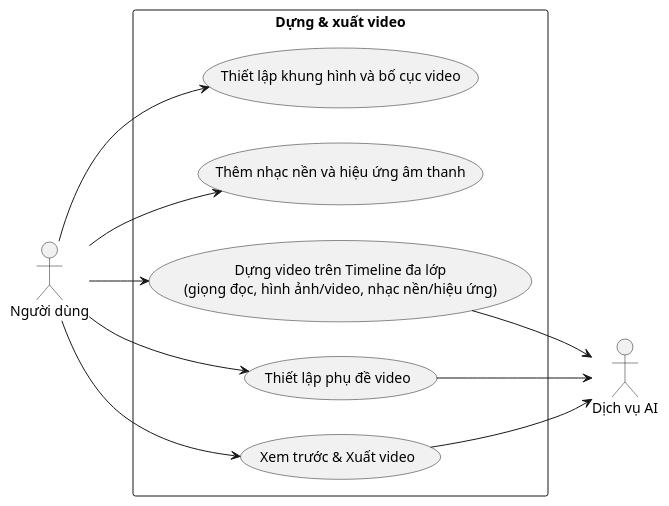
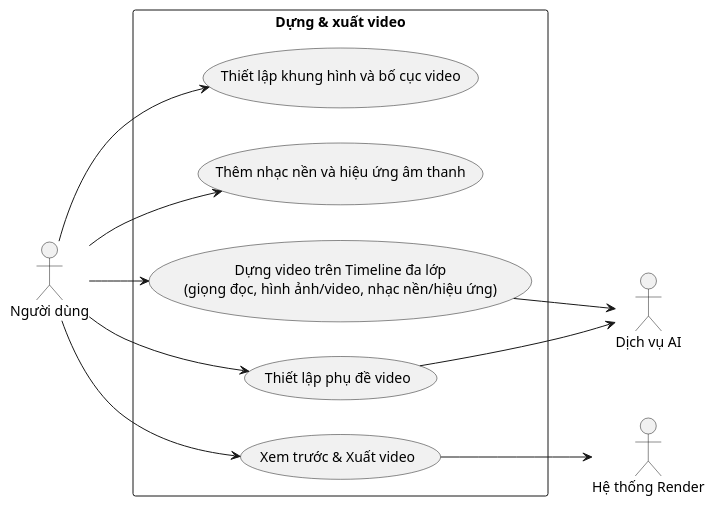
The diagram in docs/bieu-do-uc/bieu-do-uc-chi-tiet/make/dung-va-xuat-video.puml (202416852-anhpv/story2video-docs), drawn with PlantUML before and after one commit. The commit also changed 5 other files, not shown here.

```diff
--- a/docs/bieu-do-uc/bieu-do-uc-chi-tiet/make/dung-va-xuat-video.puml
+++ b/docs/bieu-do-uc/bieu-do-uc-chi-tiet/make/dung-va-xuat-video.puml
@@ -1,25 +1,26 @@
 @startuml dung-va-xuat-video
 left to right direction
 
 actor "Người dùng" as User
 actor "Dịch vụ AI" as AI_Service
+actor "Hệ thống Render" as Render_Service
 
 rectangle "Dựng & xuất video" {
     usecase "Thiết lập khung hình và bố cục video" as UC_01
     usecase "Thêm nhạc nền và hiệu ứng âm thanh" as UC_02
     usecase "Dựng video trên Timeline đa lớp\n(giọng đọc, hình ảnh/video, nhạc nền/hiệu ứng)" as UC_04
     usecase "Thiết lập phụ đề video" as UC_05
     usecase "Xem trước & Xuất video" as UC_06
 }
 
 User --> UC_01
 User --> UC_02
 User --> UC_04
 User --> UC_05
 User --> UC_06
 
 UC_04 --> AI_Service
 UC_05 --> AI_Service
-UC_06 --> AI_Service
+UC_06 --> Render_Service
 
 @enduml
```
